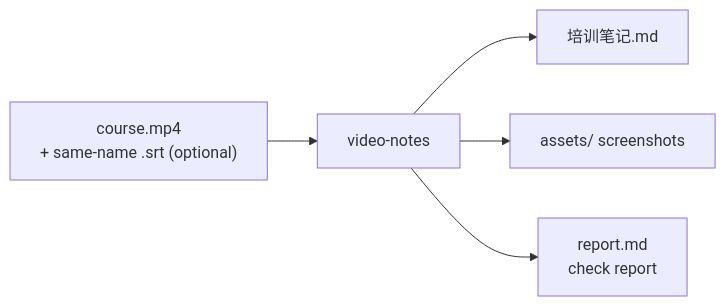
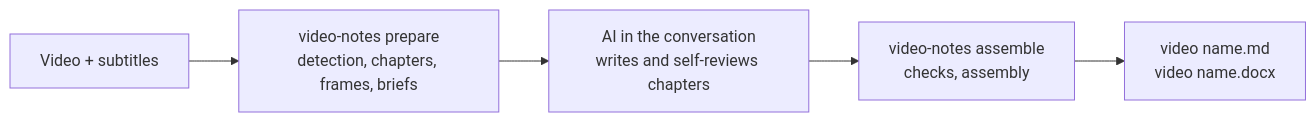
Before and after one commit to songyang8964/video-notes: the diagram in README.en.md, drawn with Mermaid. The commit also changed other lines of this file and 22 other files, not shown here.

First line of the commit message:
Agent mode only: remove the automatic mode; notes named after the video, with a Word copy

````diff
--- a/README.en.md
+++ b/README.en.md
@@ -30,7 +28,7 @@
 ```mermaid
 flowchart LR
-    A["course.mp4<br/>+ same-name .srt (optional)"] --> B["video-notes"]
-    B --> C["培训笔记.md"]
-    B --> D["assets/ screenshots"]
-    B --> E["report.md<br/>check report"]
+    V["Video + subtitles"] --> P["video-notes prepare<br/>detection, chapters, frames, briefs"]
+    P --> A["AI in the conversation<br/>writes and self-reviews chapters"]
+    A --> S["video-notes assemble<br/>checks, assembly"]
+    S --> O["video name.md<br/>video name.docx"]
 ```
````
